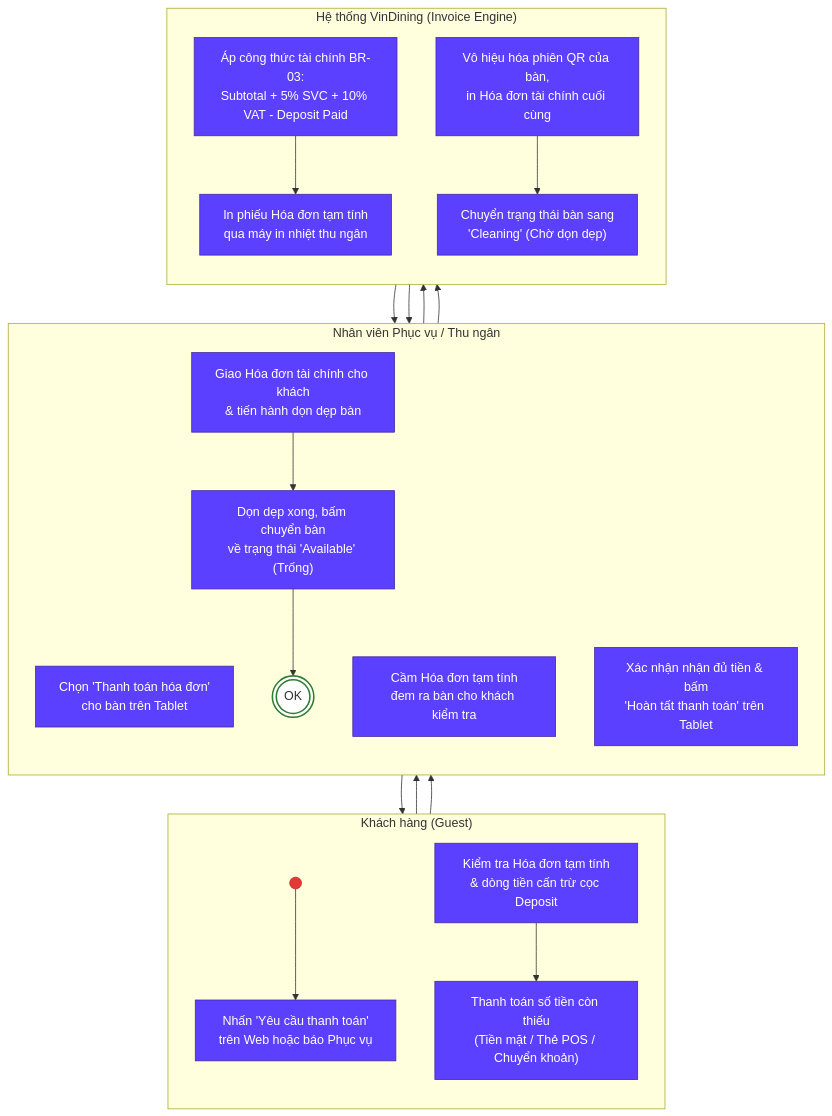
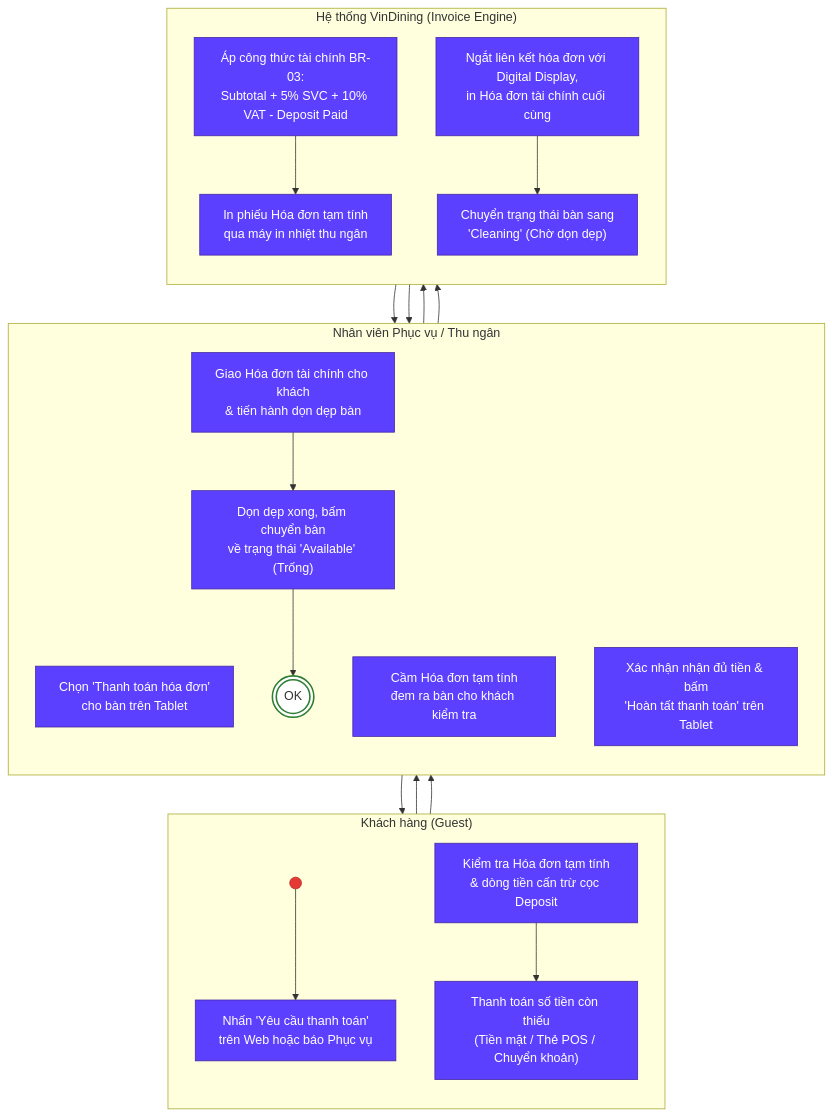
The sixth of 10 diagrams in docs/phase1/03_BAO_CAO_PHAN_TICH.md (AndrewQng/VinDining), drawn with Mermaid before and after one commit. The commit also changed other lines of this file and 3 other files, not shown here.

````diff
--- a/docs/phase1/03_BAO_CAO_PHAN_TICH.md
+++ b/docs/phase1/03_BAO_CAO_PHAN_TICH.md
@@ -510,57 +632,57 @@
 ```mermaid
 flowchart TD
     subgraph Guest ["Khách hàng (Guest)"]
         direction TB
         G_Start(( ))
         G1["Nhấn 'Yêu cầu thanh toán'<br/>trên Web hoặc báo Phục vụ"]
         G2["Kiểm tra Hóa đơn tạm tính<br/>& dòng tiền cấn trừ cọc Deposit"]
         G3["Thanh toán số tiền còn thiếu<br/>(Tiền mặt / Thẻ POS / Chuyển khoản)"]
     end
 
     subgraph Waitstaff ["Nhân viên Phục vụ / Thu ngân"]
         direction TB
         W1["Chọn 'Thanh toán hóa đơn'<br/>cho bàn trên Tablet"]
         W2["Cầm Hóa đơn tạm tính<br/>đem ra bàn cho khách kiểm tra"]
         W3["Xác nhận nhận đủ tiền & bấm<br/>'Hoàn tất thanh toán' trên Tablet"]
         W4["Giao Hóa đơn tài chính cho khách<br/>& tiến hành dọn dẹp bàn"]
         W5["Dọn dẹp xong, bấm chuyển bàn<br/>về trạng thái 'Available' (Trống)"]
         W_End(((OK)))
     end
 
     subgraph System ["Hệ thống VinDining (Invoice Engine)"]
         direction TB
         S1["Áp công thức tài chính BR-03:<br/>Subtotal + 5% SVC + 10% VAT - Deposit Paid"]
         S2["In phiếu Hóa đơn tạm tính<br/>qua máy in nhiệt thu ngân"]
-        S3["Vô hiệu hóa phiên QR của bàn,<br/>in Hóa đơn tài chính cuối cùng"]
+        S3["Ngắt liên kết hóa đơn với Digital Display,<br/>in Hóa đơn tài chính cuối cùng"]
         S4["Chuyển trạng thái bàn sang<br/>'Cleaning' (Chờ dọn dẹp)"]
     end
 
     G_Start --> G1
     G1 --> W1
     W1 --> S1
     S1 --> S2
     S2 --> W2
     W2 --> G2
     G2 --> G3
     G3 --> W3
     W3 --> S3
     S3 --> S4
     S4 --> W4
     W4 --> W5
     W5 --> W_End
 
     style G_Start fill:#e53935,stroke:#b71c1c
     style W_End fill:#ffffff,stroke:#2e7d32,stroke-width:2px
     style G1 fill:#5b40ff,stroke:#4527a0,color:#ffffff
     style G2 fill:#5b40ff,stroke:#4527a0,color:#ffffff
     style G3 fill:#5b40ff,stroke:#4527a0,color:#ffffff
     style W1 fill:#5b40ff,stroke:#4527a0,color:#ffffff
     style W2 fill:#5b40ff,stroke:#4527a0,color:#ffffff
     style W3 fill:#5b40ff,stroke:#4527a0,color:#ffffff
     style W4 fill:#5b40ff,stroke:#4527a0,color:#ffffff
     style W5 fill:#5b40ff,stroke:#4527a0,color:#ffffff
     style S1 fill:#5b40ff,stroke:#4527a0,color:#ffffff
     style S2 fill:#5b40ff,stroke:#4527a0,color:#ffffff
     style S3 fill:#5b40ff,stroke:#4527a0,color:#ffffff
     style S4 fill:#5b40ff,stroke:#4527a0,color:#ffffff
 ```
````
